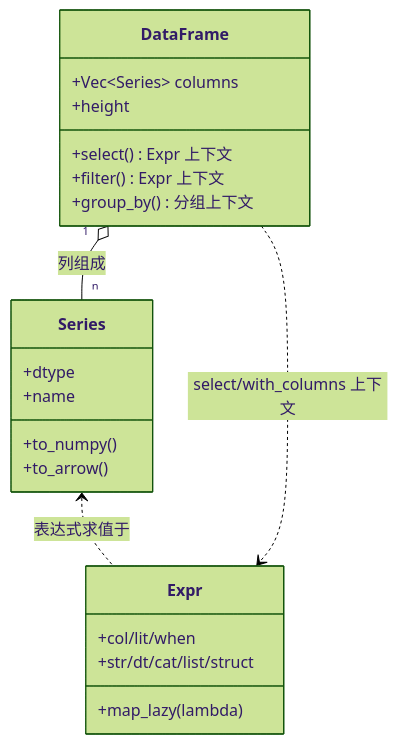
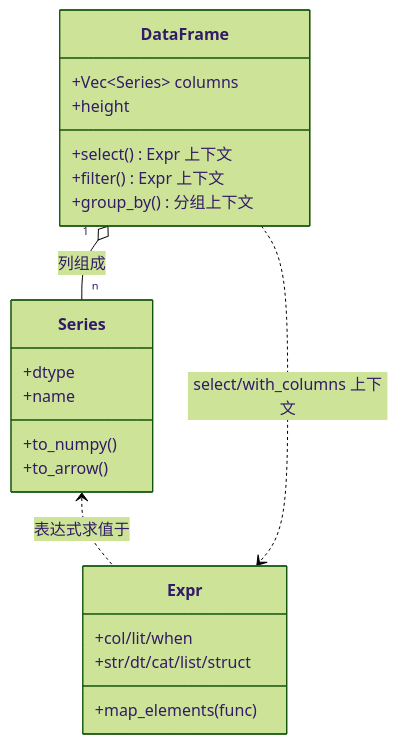
One commit to jtcheng/polars-book changed the first of 2 diagrams in src/chapter_02/core-objects.md. Above: the diagram before and after it, drawn with Mermaid (forest theme). The commit also changed other lines of this file and 18 other files, not shown here.

````diff
--- a/src/chapter_02/core-objects.md
+++ b/src/chapter_02/core-objects.md
@@ -7,24 +7,24 @@
 ```mermaid
 classDiagram
     class DataFrame {
         +Vec~Series~ columns
         +height
         +select() Expr 上下文
         +filter() Expr 上下文
         +group_by() 分组上下文
     }
     class Series {
         +dtype
         +name
         +to_numpy()
         +to_arrow()
     }
     class Expr {
         +col/lit/when
         +str/dt/cat/list/struct
-        +map_lazy(lambda)
+        +map_elements(func)
     }
     DataFrame "1" o-- "n" Series : 列组成
     Series <.. Expr : 表达式求值于
     DataFrame ..> Expr : select/with_columns 上下文
 ```
````
